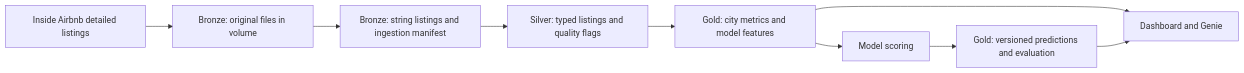
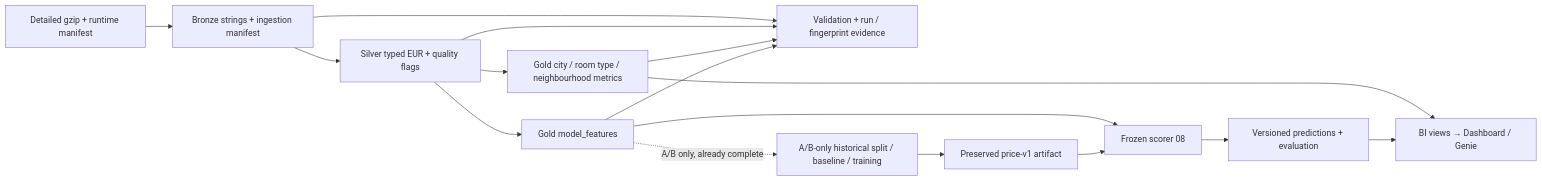
One commit to YarkoKalmuk/bigdata_project_cities changed the diagram in docs/architecture.md. Above: the diagram before and after it, drawn with Mermaid. The commit also changed other lines of this file and 14 other files, not shown here.

````diff
--- a/docs/architecture.md
+++ b/docs/architecture.md
@@ -3,11 +9,18 @@
 ```mermaid
 flowchart LR
-    A[Inside Airbnb detailed listings] --> B[Bronze: original files in volume]
-    B --> C[Bronze: string listings and ingestion manifest]
-    C --> D[Silver: typed listings and quality flags]
-    D --> E[Gold: city metrics and model features]
-    E --> F[Model scoring]
-    F --> G[Gold: versioned predictions and evaluation]
-    E --> H[Dashboard and Genie]
-    G --> H
+    I[Detailed gzip + runtime manifest] --> B[Bronze strings + ingestion manifest]
+    B --> S[Silver typed EUR + quality flags]
+    S --> G[Gold city / room type / neighbourhood metrics]
+    S --> F[Gold model_features]
+    B --> V[Validation + run / fingerprint evidence]
+    S --> V
+    G --> V
+    F --> V
+    F --> P[Frozen scorer 08]
+    T[A/B-only historical split / baseline / training] --> A[Preserved price-v1 artifact]
+    F -. A/B only, already complete .-> T
+    A --> P
+    P --> R[Versioned predictions + evaluation]
+    G --> BI[BI views → Dashboard / Genie]
+    R --> BI
 ```
````
